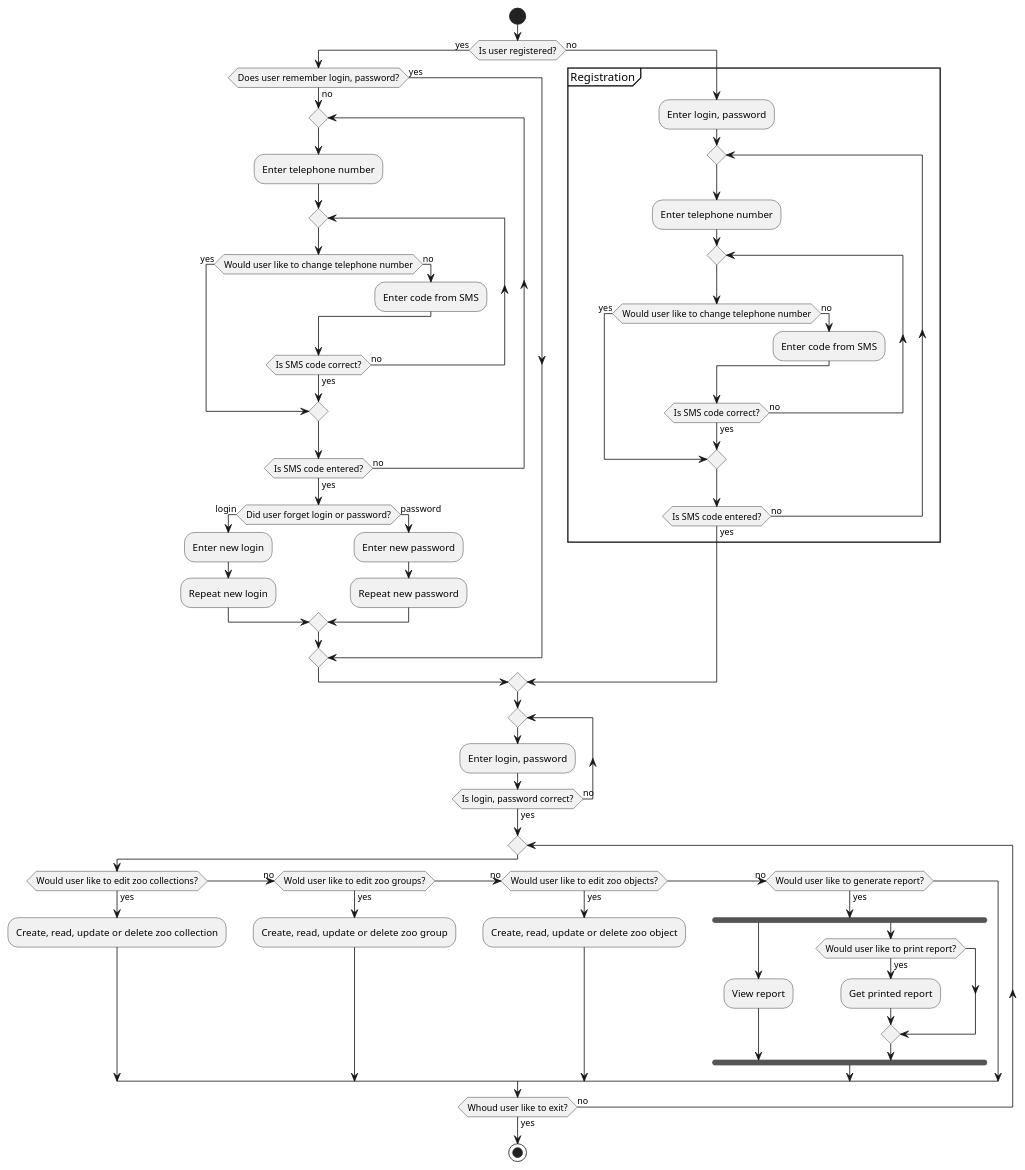
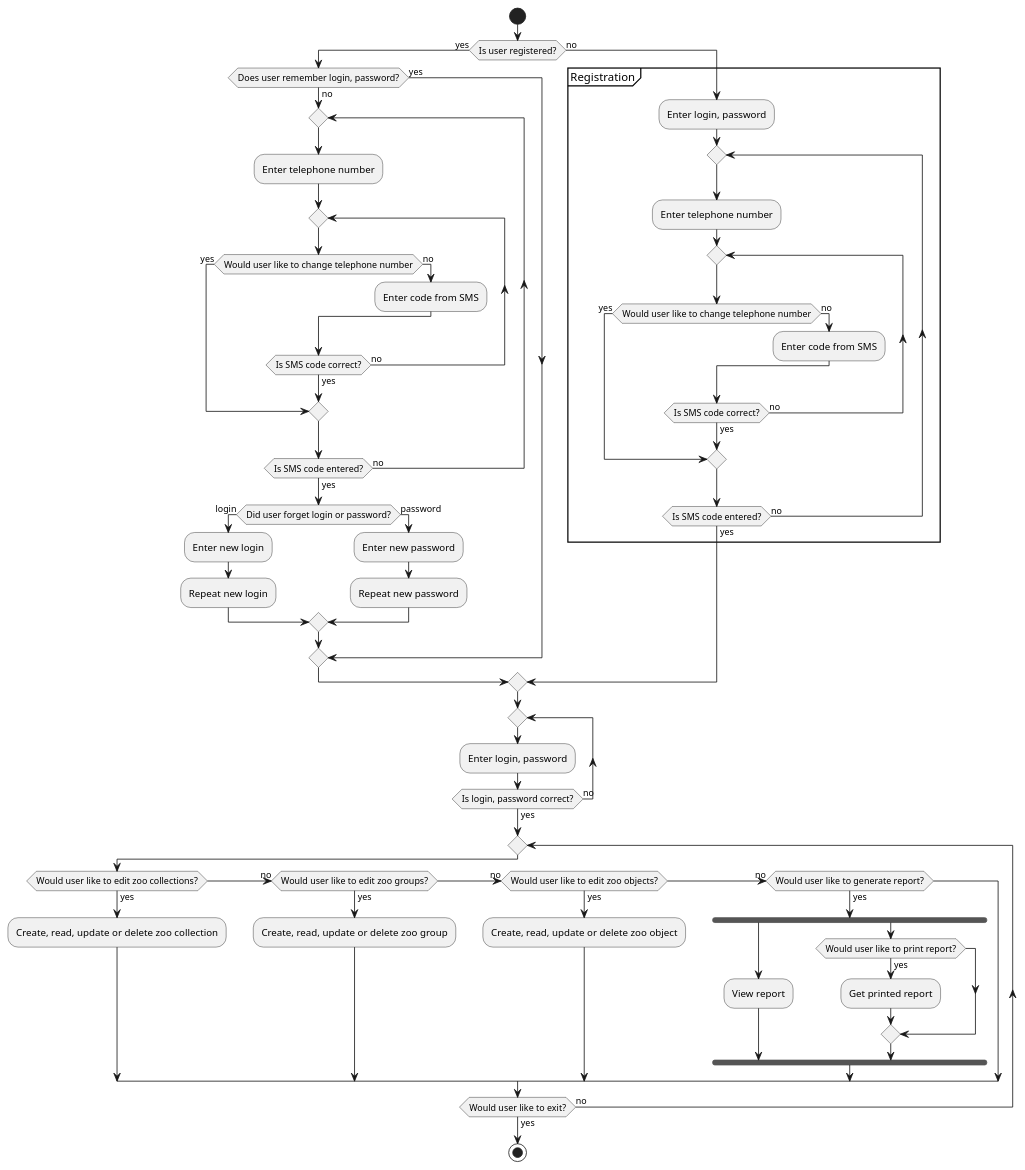
One commit to ValeryVerkhoturov/software-modeling changed the diagram in practice8.puml. Above: the diagram before and after it, drawn with PlantUML.

```diff
--- a/practice8.puml
+++ b/practice8.puml
@@ -1,66 +1,66 @@
 @startuml
 start
 
 if (Is user registered?) then (yes)
     if (Does user remember login, password?) then (yes)
     else (no)
         repeat
             :Enter telephone number;
             repeat
                 if (Would user like to change telephone number) then (yes)
                     break
                 else (no)
                     :Enter code from SMS;
                 endif
             repeat while (Is SMS code correct?) is (no) not (yes)
         repeat while (Is SMS code entered?) is (no) not (yes)
 
         if (Did user forget login or password?) then (login)
             :Enter new login;
             :Repeat new login;
         else (password)
             :Enter new password;
             :Repeat new password;
         endif
     endif
 else (no)
 	group Registration
         :Enter login, password;
         repeat
             :Enter telephone number;
             repeat
                 if (Would user like to change telephone number) then (yes)
                     break
                 else (no)
                     :Enter code from SMS;
                 endif
             repeat while (Is SMS code correct?) is (no) not (yes)
         repeat while (Is SMS code entered?) is (no) not (yes)
     end group
 endif
 
 repeat
 	:Enter login, password;
 repeat while (Is login, password correct?) is (no) not (yes)
 
 repeat
     if (Would user like to edit zoo collections?) then (yes)
         :Create, read, update or delete zoo collection;
-    (no) elseif (Wold user like to edit zoo groups?) then (yes)
+    (no) elseif (Would user like to edit zoo groups?) then (yes)
         :Create, read, update or delete zoo group;
     (no) elseif (Would user like to edit zoo objects?) then (yes)
         :Create, read, update or delete zoo object;
     (no) elseif (Would user like to generate report?) then (yes)
         fork
             :View report;
         fork again
             if (Would user like to print report?) then (yes)
                 :Get printed report;
             endif
         end fork
     endif
-repeat while (Whoud user like to exit?) is (no) not (yes)
+repeat while (Would user like to exit?) is (no) not (yes)
 
 
 stop
 @enduml
```
